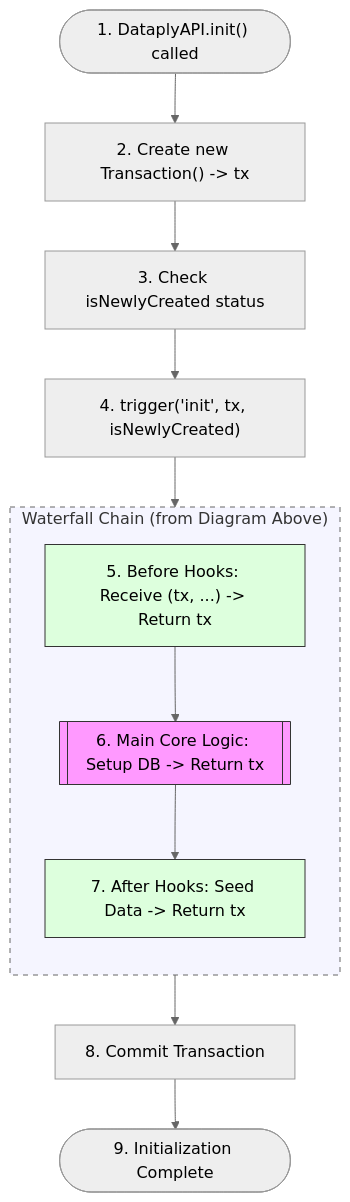
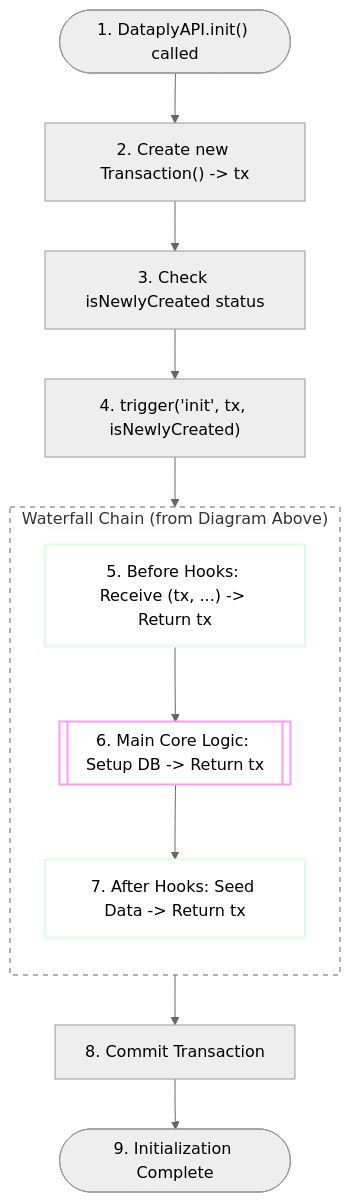
Before and after one commit to izure1/dataply: the second of 2 diagrams in docs/extension.md, drawn with Mermaid (neutral theme). The commit also changed other lines of this file and 2 other files, not shown here.

````diff
--- a/docs/extension.md
+++ b/docs/extension.md
@@ -43,24 +43,24 @@
 ```mermaid
 graph TD
     Call(["1. DataplyAPI.init() called"]) --> NewTx["2. Create new Transaction() -> tx"]
     NewTx --> GetStatus["3. Check isNewlyCreated status"]
     GetStatus --> Trigger["4. trigger('init', tx, isNewlyCreated)"]
 
     subgraph Pipeline ["Waterfall Chain (from Diagram Above)"]
         direction TB
         Before["5. Before Hooks: Receive (tx, ...) -> Return tx"]
         Main[["6. Main Core Logic: Setup DB -> Return tx"]]
         After["7. After Hooks: Seed Data -> Return tx"]
         
         Before --> Main --> After
     end
 
     Trigger --> Before
     After --> Commit["8. Commit Transaction"]
     Commit --> End([9. Initialization Complete])
 
-    style Main fill:#f9f,stroke:#333
-    style Before fill:#dfd,stroke:#333
-    style After fill:#dfd,stroke:#333
-    style Pipeline fill:#f5f5ff,stroke:#666,stroke-dasharray: 5 5
+    style Main fill:none,stroke:#f9f,stroke-width:2px
+    style Before fill:none,stroke:#dfd,stroke-width:2px
+    style After fill:none,stroke:#dfd,stroke-width:2px
+    style Pipeline fill:none,stroke:#666,stroke-width:1px,stroke-dasharray: 5 5
 ```
````
